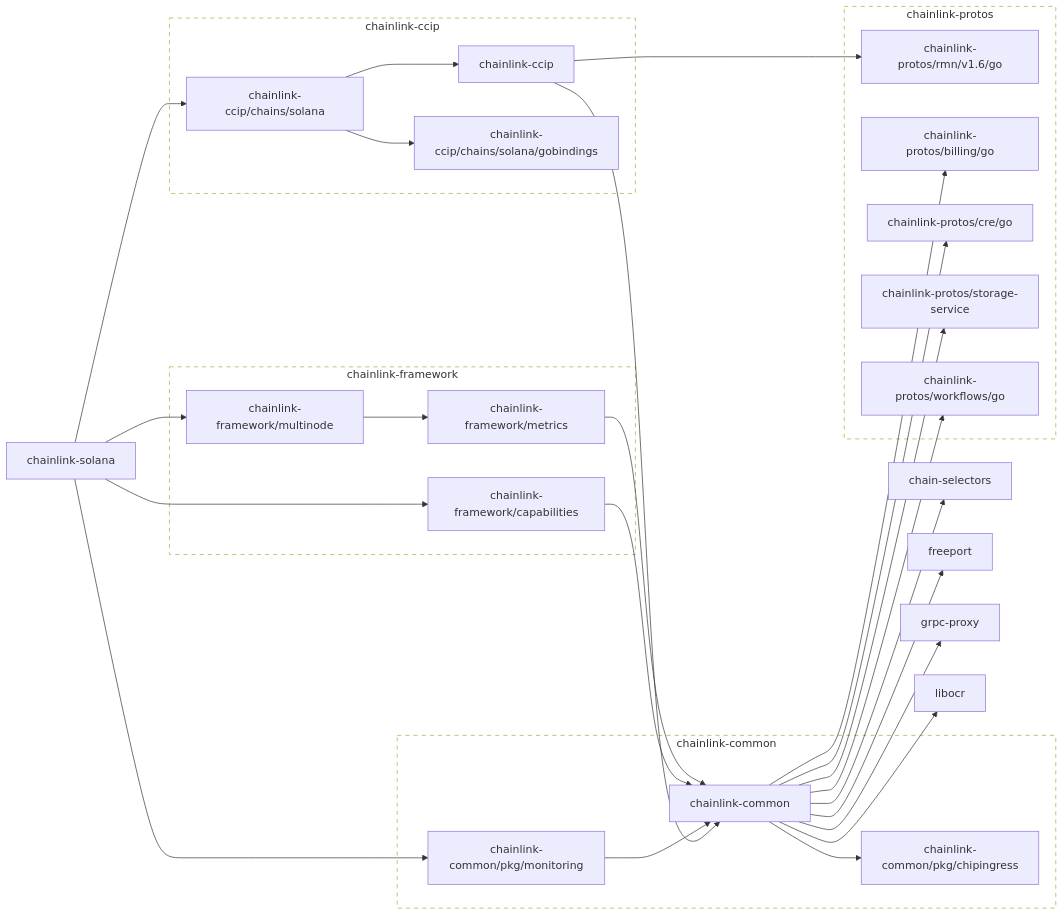
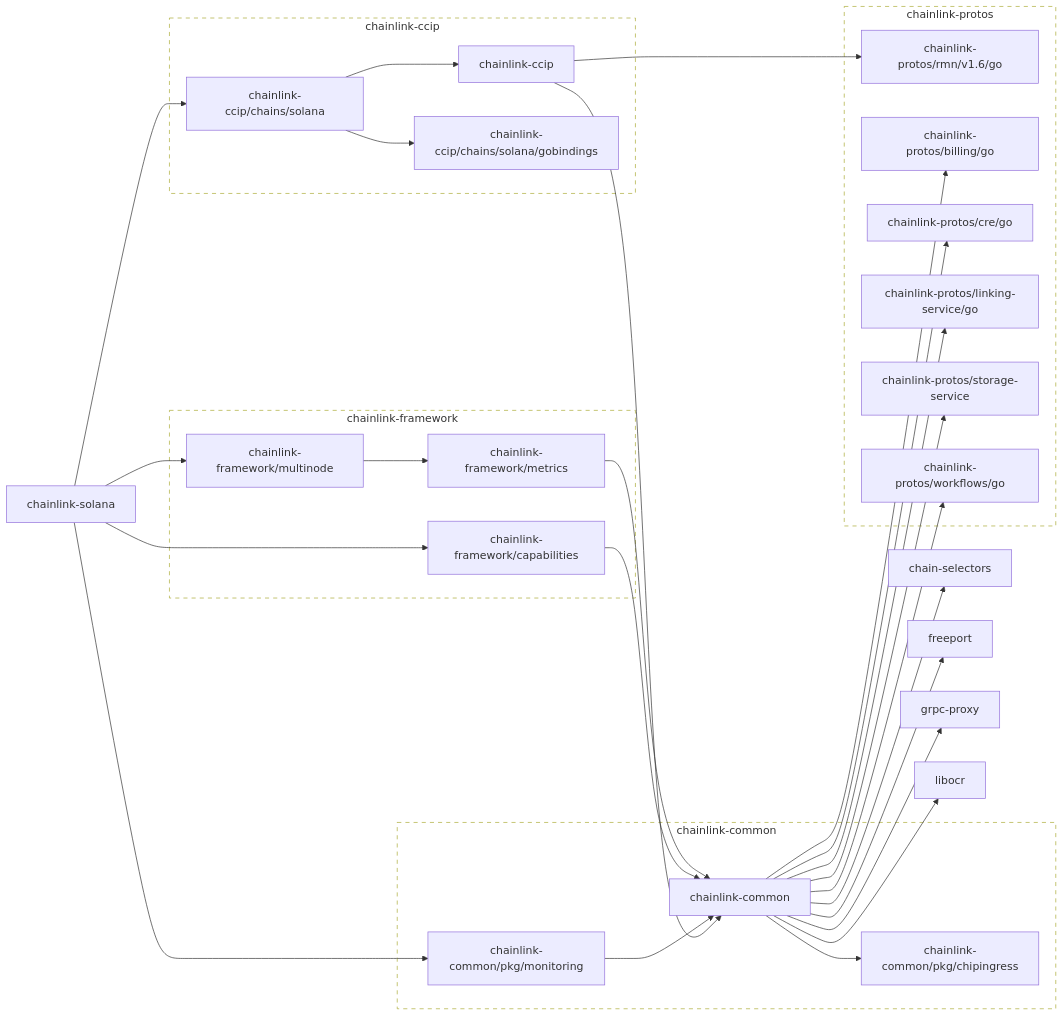
The first of 2 diagrams in go.md (smartcontractkit/chainlink-solana), drawn with Mermaid before and after one commit. The commit also changed other lines of this file and 9 other files, not shown here.

```diff
--- a/go.md
+++ b/go.md
@@ -17,6 +17,7 @@
 	chainlink-common --> chainlink-common/pkg/chipingress
 	chainlink-common --> chainlink-protos/billing/go
 	chainlink-common --> chainlink-protos/cre/go
+	chainlink-common --> chainlink-protos/linking-service/go
 	chainlink-common --> chainlink-protos/storage-service
 	chainlink-common --> chainlink-protos/workflows/go
 	chainlink-common --> freeport
@@ -37,6 +38,8 @@
 	click chainlink-protos/billing/go href "https://github.com/smartcontractkit/chainlink-protos"
 	chainlink-protos/cre/go
 	click chainlink-protos/cre/go href "https://github.com/smartcontractkit/chainlink-protos"
+	chainlink-protos/linking-service/go
+	click chainlink-protos/linking-service/go href "https://github.com/smartcontractkit/chainlink-protos"
 	chainlink-protos/rmn/v1.6/go
 	click chainlink-protos/rmn/v1.6/go href "https://github.com/smartcontractkit/chainlink-protos"
 	chainlink-protos/storage-service
@@ -79,6 +82,7 @@
 	subgraph chainlink-protos-repo[chainlink-protos]
 		 chainlink-protos/billing/go
 		 chainlink-protos/cre/go
+		 chainlink-protos/linking-service/go
 		 chainlink-protos/rmn/v1.6/go
 		 chainlink-protos/storage-service
 		 chainlink-protos/workflows/go
```
